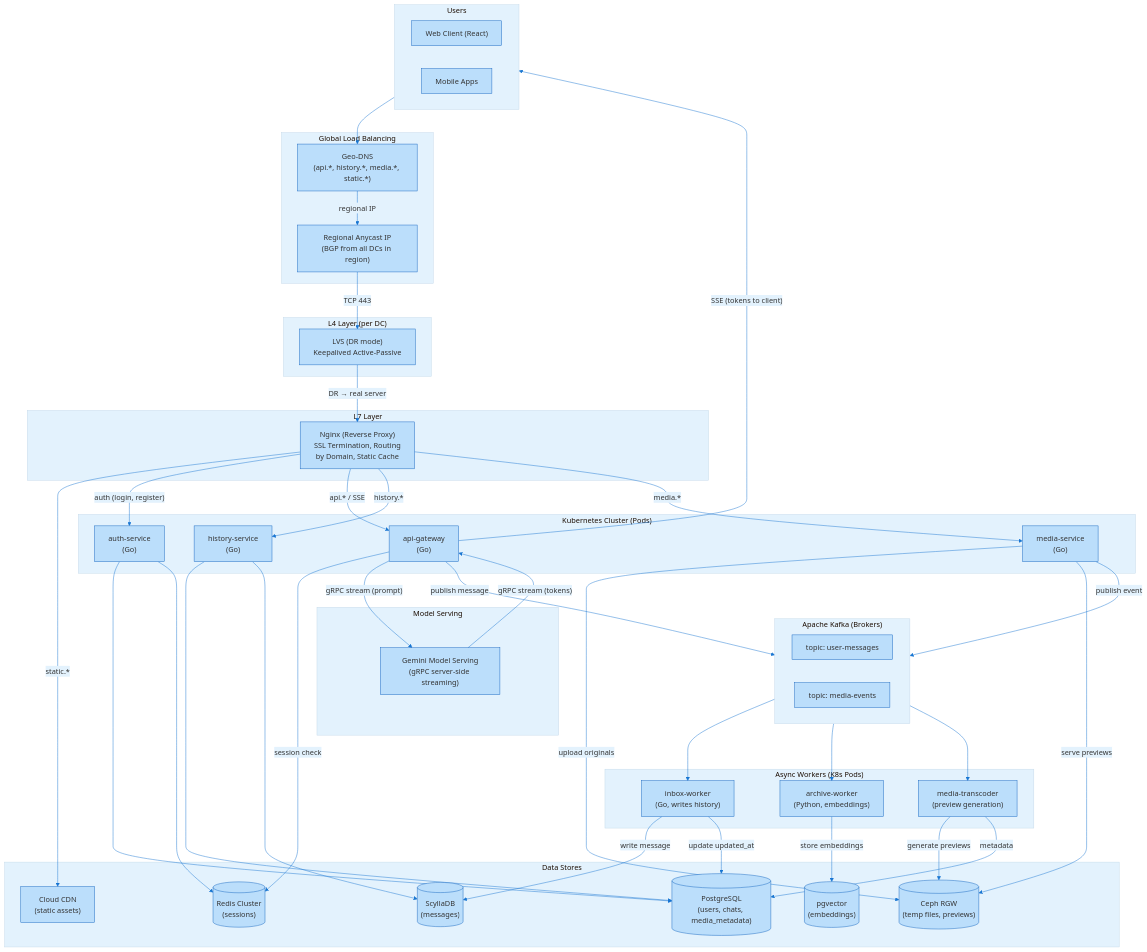
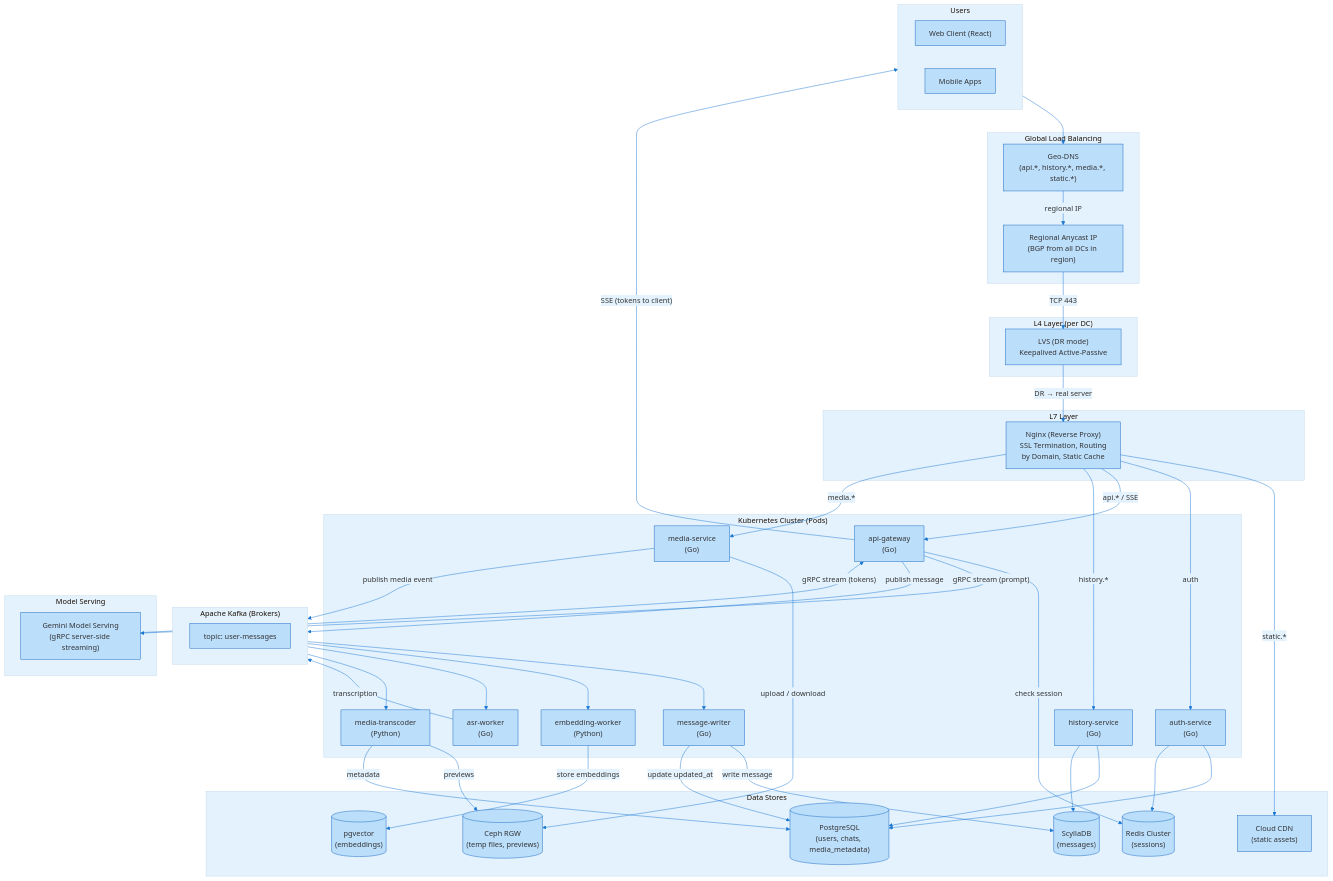
One commit to gettingthingsdoneee/gemini_highload changed the third of 3 diagrams in README.md. Above: the diagram before and after it, drawn with Mermaid. The commit also changed other lines of this file, not shown here.

````diff
--- a/README.md
+++ b/README.md
@@ -811,47 +811,44 @@
     end
 
     subgraph GlobalBalancing["Global Load Balancing"]
-        GeoDNS["Geo‑DNS\n(api.*, history.*, media.*, static.*)"]
-        Anycast["Regional Anycast IP\n(BGP from all DCs in region)"]
+        GeoDNS["Geo‑DNS<br>(api.*, history.*, media.*, static.*)"]
+        Anycast["Regional Anycast IP<br>(BGP from all DCs in region)"]
     end
 
     subgraph L4["L4 Layer (per DC)"]
-        LVS["LVS (DR mode)\nKeepalived Active‑Passive"]
+        LVS["LVS (DR mode)<br>Keepalived Active‑Passive"]
     end
 
     subgraph L7["L7 Layer"]
-        NGINX["Nginx (Reverse Proxy)\nSSL Termination, Routing\nby Domain, Static Cache"]
+        NGINX["Nginx (Reverse Proxy)<br>SSL Termination, Routing<br>by Domain, Static Cache"]
     end
 
     subgraph K8s["Kubernetes Cluster (Pods)"]
-        Auth["auth‑service\n(Go)"]
-        ApiGateway["api‑gateway\n(Go)"]
-        History["history‑service\n(Go)"]
-        MediaService["media‑service\n(Go)"]
+        Auth["auth‑service<br>(Go)"]
+        ApiGateway["api‑gateway<br>(Go)"]
+        History["history‑service<br>(Go)"]
+        MediaService["media‑service<br>(Go)"]
+        MessageWriter["message‑writer<br>(Go)"]
+        EmbeddingWorker["embedding‑worker<br>(Python)"]
+        ASRWorker["asr‑worker<br>(Go)"]
+        MediaTranscoder["media‑transcoder<br>(Python)"]
     end
 
     subgraph Kafka["Apache Kafka (Brokers)"]
-        TopicMessages["topic: user‑messages"]
-        TopicMedia["topic: media‑events"]
-    end
-
-    subgraph Workers["Async Workers (K8s Pods)"]
-        InboxWorker["inbox‑worker\n(Go, writes history)"]
-        ArchiveWorker["archive‑worker\n(Python, embeddings)"]
-        MediaTranscoder["media‑transcoder\n(preview generation)"]
+        Topic["topic: user‑messages"]
     end
 
     subgraph Model["Model Serving"]
-        GeminiModel["Gemini Model Serving\n(gRPC server‑side streaming)"]
+        GeminiModel["Gemini Model Serving<br>(gRPC server‑side streaming)"]
     end
 
     subgraph DataStores["Data Stores"]
-        PG[("PostgreSQL\n(users, chats, media_metadata)")]
-        Scylla[("ScyllaDB\n(messages)")]
-        RedisSessions[("Redis Cluster\n(sessions)")]
-        Pgvector[("pgvector\n(embeddings)")]
-        CephRGW[("Ceph RGW\n(temp files, previews)")]
-        CDN["Cloud CDN\n(static assets)"]
+        PG[("PostgreSQL<br>(users, chats, media_metadata)")]
+        Scylla[("ScyllaDB<br>(messages)")]
+        RedisSessions[("Redis Cluster<br>(sessions)")]
+        Pgvector[("pgvector<br>(embeddings)")]
+        CephRGW[("Ceph RGW<br>(temp files, previews)")]
+        CDN["Cloud CDN<br>(static assets)"]
     end
 
     Clients --> GeoDNS
@@ -860,7 +857,7 @@
     LVS -- "DR → real server" --> NGINX
 
     NGINX -- "static.*" --> CDN
-    NGINX -- "auth (login, register)" --> Auth
+    NGINX -- "auth" --> Auth
     NGINX -- "api.* / SSE" --> ApiGateway
     NGINX -- "history.*" --> History
     NGINX -- "media.*" --> MediaService
@@ -868,7 +865,7 @@
     Auth --> PG
     Auth --> RedisSessions
 
-    ApiGateway -- "session check" --> RedisSessions
+    ApiGateway -- "check session" --> RedisSessions
     ApiGateway -- "publish message" --> Kafka
     ApiGateway -- "gRPC stream (prompt)" --> GeminiModel
     GeminiModel -- "gRPC stream (tokens)" --> ApiGateway
@@ -877,19 +874,21 @@
     History --> PG
     History --> Scylla
 
-    MediaService -- "upload originals" --> CephRGW
-    MediaService -- "publish event" --> Kafka
-    MediaService -- "serve previews" --> CephRGW
+    MediaService -- "upload / download" --> CephRGW
+    MediaService -- "publish media event" --> Kafka
 
-    Kafka --> InboxWorker
-    Kafka --> ArchiveWorker
+    Kafka --> MessageWriter
+    Kafka --> EmbeddingWorker
+    Kafka --> ASRWorker
     Kafka --> MediaTranscoder
 
-    InboxWorker -- "write message" --> Scylla
-    InboxWorker -- "update updated_at" --> PG
+    MessageWriter -- "write message" --> Scylla
+    MessageWriter -- "update updated_at" --> PG
 
-    ArchiveWorker -- "store embeddings" --> Pgvector
+    EmbeddingWorker -- "store embeddings" --> Pgvector
 
-    MediaTranscoder -- "generate previews" --> CephRGW
+    ASRWorker -- "transcription" --> Kafka
+
+    MediaTranscoder -- "previews" --> CephRGW
     MediaTranscoder -- "metadata" --> PG
 ```
````
